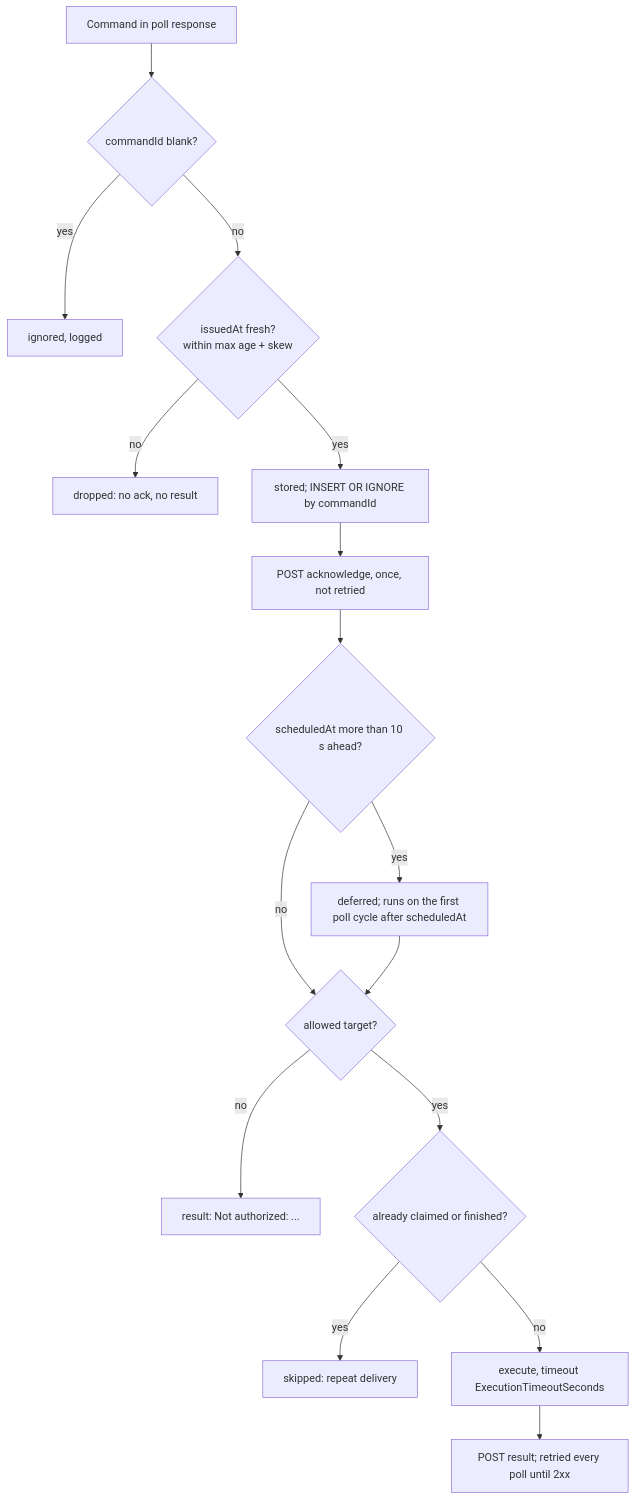
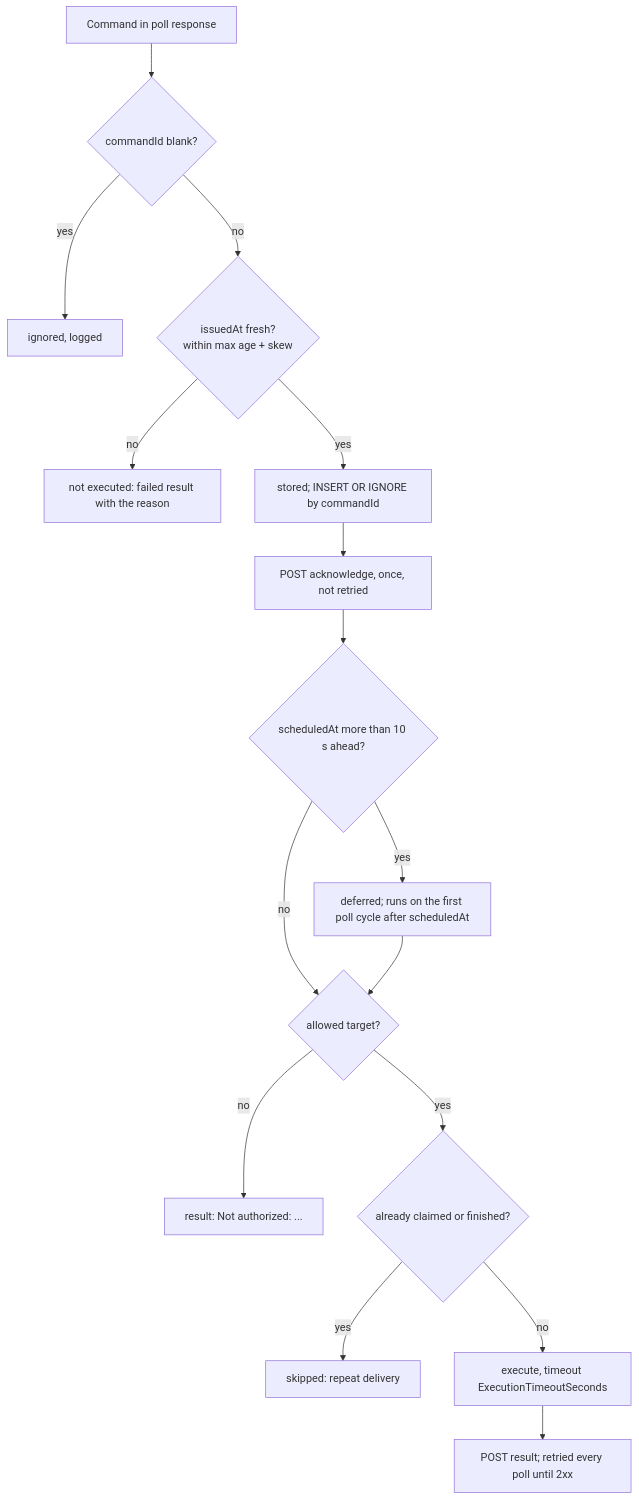
Before and after one commit to angatiabenson/watch-tower: the second of 2 diagrams in guides/portal-api/08-commands.md, drawn with Mermaid. The commit also changed other lines of this file and 16 other files, not shown here.

````diff
--- a/guides/portal-api/08-commands.md
+++ b/guides/portal-api/08-commands.md
@@ -35,18 +35,18 @@
 ```mermaid
 flowchart TD
     R[Command in poll response] --> B{commandId blank?}
     B -- yes --> X1[ignored, logged]
     B -- no --> F{issuedAt fresh?<br/>within max age + skew}
-    F -- no --> X2[dropped: no ack, no result]
+    F -- no --> X2[not executed: failed result with the reason]
     F -- yes --> S[stored; INSERT OR IGNORE by commandId]
     S --> A[POST acknowledge, once, not retried]
     A --> D{scheduledAt more than 10 s ahead?}
     D -- yes --> W[deferred; runs on the first poll cycle after scheduledAt]
     D -- no --> Z{allowed target?}
     W --> Z
     Z -- no --> RF[result: Not authorized: ...]
     Z -- yes --> C{already claimed or finished?}
     C -- yes --> X3[skipped: repeat delivery]
     C -- no --> E[execute, timeout ExecutionTimeoutSeconds]
     E --> RS[POST result; retried every poll until 2xx]
 ```
````
